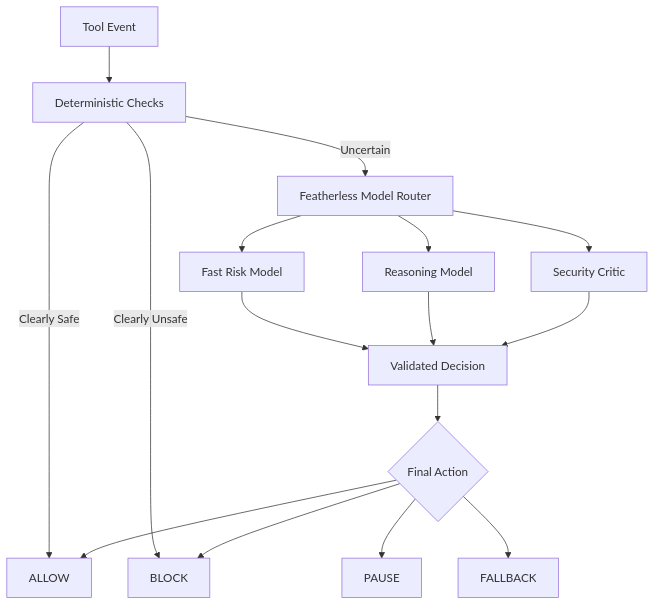
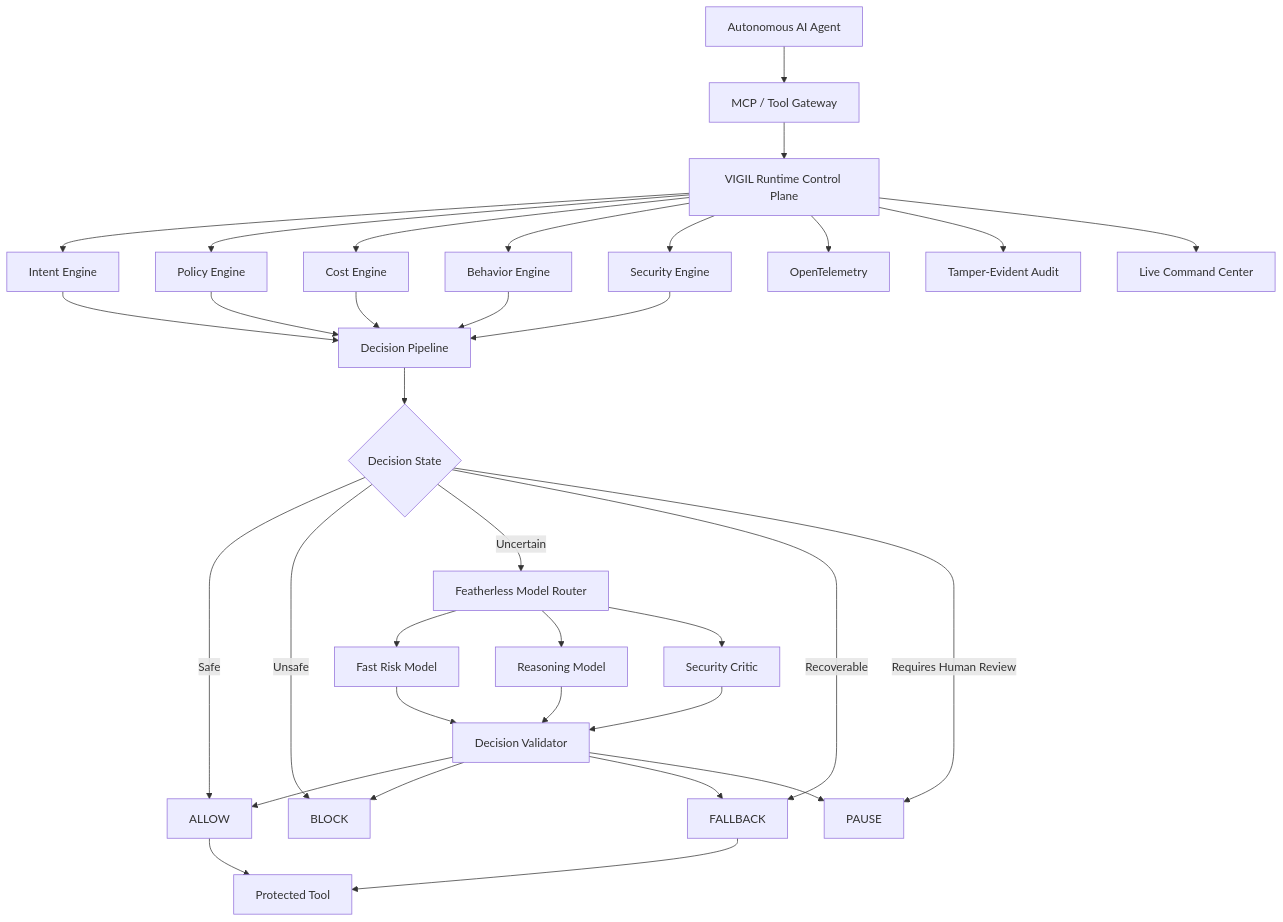
Before and after one commit to LSUDOKO/Vigil: the second of 6 diagrams in README.md, drawn with Mermaid. The commit also changed other lines of this file, not shown here.

````diff
--- a/README.md
+++ b/README.md
@@ -317,26 +263,49 @@
 ```mermaid
-flowchart TD
-    A[Tool Event]
-        --> B[Deterministic Checks]
+flowchart TB
 
-    B -->|Clearly Safe| C[ALLOW]
+    A[Autonomous AI Agent]
 
-    B -->|Clearly Unsafe| D[BLOCK]
+    A --> B[MCP / Tool Gateway]
 
-    B -->|Uncertain| E[Featherless Model Router]
+    B --> C[VIGIL Runtime Control Plane]
 
-    E --> F[Fast Risk Model]
-    E --> G[Reasoning Model]
-    E --> H[Security Critic]
+    C --> D[Intent Engine]
+    C --> E[Policy Engine]
+    C --> F[Cost Engine]
+    C --> G[Behavior Engine]
+    C --> H[Security Engine]
 
-    F --> I[Validated Decision]
+    D --> I[Decision Pipeline]
+    E --> I
+    F --> I
     G --> I
     H --> I
 
-    I --> J{Final Action}
+    I --> J{Decision State}
 
-    J --> C
-    J --> K[PAUSE]
-    J --> D
-    J --> L[FALLBACK]
+    J -->|Safe| K[ALLOW]
+    J -->|Unsafe| L[BLOCK]
+    J -->|Uncertain| M[Featherless Model Router]
+    J -->|Recoverable| N[FALLBACK]
+    J -->|Requires Human Review| O[PAUSE]
+
+    M --> P[Fast Risk Model]
+    M --> Q[Reasoning Model]
+    M --> R[Security Critic]
+
+    P --> S[Decision Validator]
+    Q --> S
+    R --> S
+
+    S --> K
+    S --> L
+    S --> N
+    S --> O
+
+    C --> T[OpenTelemetry]
+    C --> U[Tamper-Evident Audit]
+    C --> V[Live Command Center]
+
+    K --> W[Protected Tool]
+    N --> W
 ```
````
